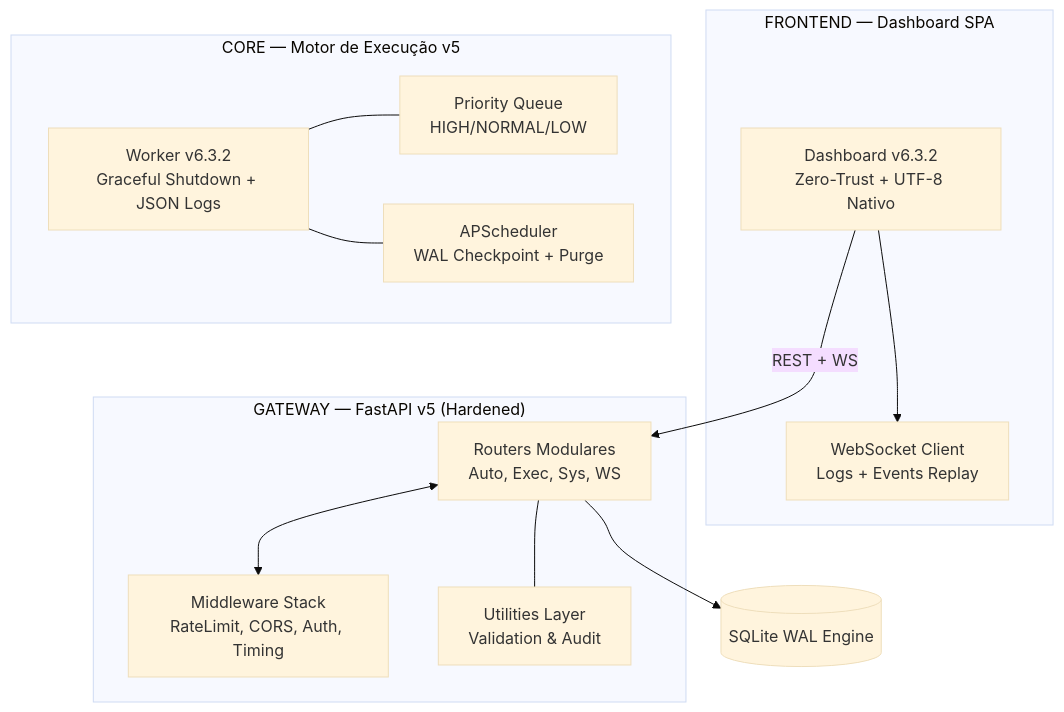
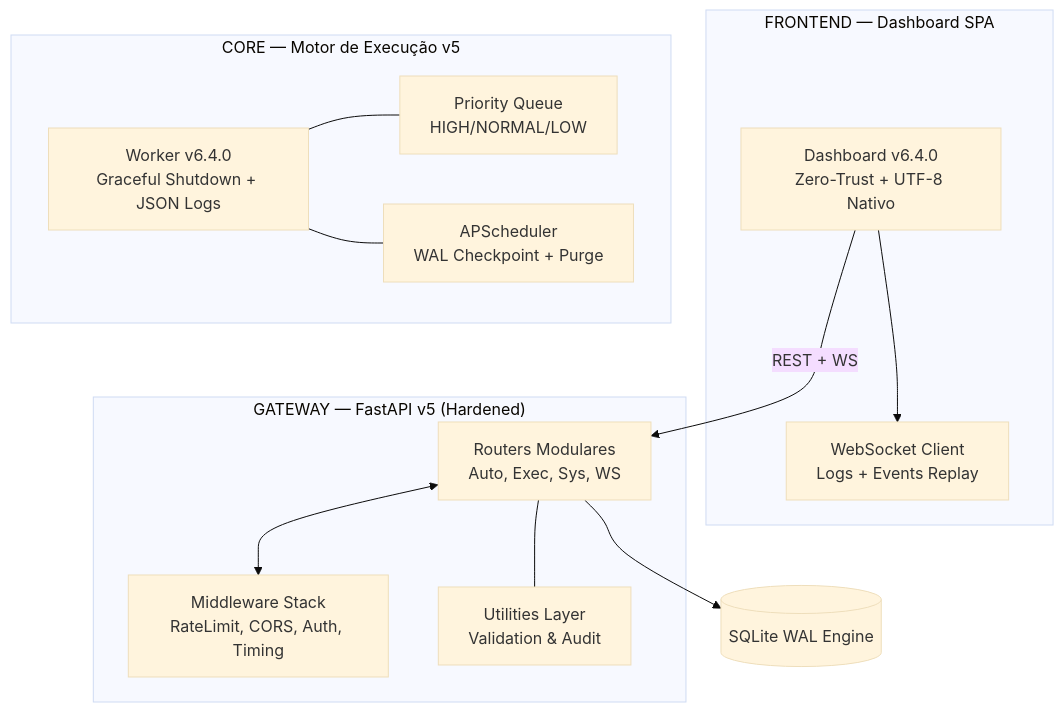
The diagram in README.md (GabrielDiasNN/Automacoes-CR), drawn with Mermaid (base theme) before and after one commit. The commit also changed other lines of this file and 22 other files, not shown here.

````diff
--- a/README.md
+++ b/README.md
@@ -7,27 +7,27 @@
 ```mermaid
 graph TD
     subgraph "FRONTEND — Dashboard SPA"
-        UI["Dashboard v6.3.2<br/>Zero-Trust + UTF-8 Nativo"]
+        UI["Dashboard v6.4.0<br/>Zero-Trust + UTF-8 Nativo"]
         WS_CLIENT["WebSocket Client<br/>Logs + Events Replay"]
         UI --> WS_CLIENT
     end
 
     subgraph "GATEWAY — FastAPI v5 (Hardened)"
         ROUTERS["Routers Modulares<br/>Auto, Exec, Sys, WS"]
         MIDDLEWARE["Middleware Stack<br/>RateLimit, CORS, Auth, Timing"]
         UTILS["Utilities Layer<br/>Validation & Audit"]
         ROUTERS <--> MIDDLEWARE
         ROUTERS --- UTILS
     end
 
     subgraph "CORE — Motor de Execução v5"
-        WORKER["Worker v6.3.2<br/>Graceful Shutdown + JSON Logs"]
+        WORKER["Worker v6.4.0<br/>Graceful Shutdown + JSON Logs"]
         PRIORITY["Priority Queue<br/>HIGH/NORMAL/LOW"]
         SCHEDULER["APScheduler<br/>WAL Checkpoint + Purge"]
         WORKER --- PRIORITY
         WORKER --- SCHEDULER
     end
 
     UI -->|REST + WS| ROUTERS
     ROUTERS --> DB[(SQLite WAL Engine)]
 ```
````
